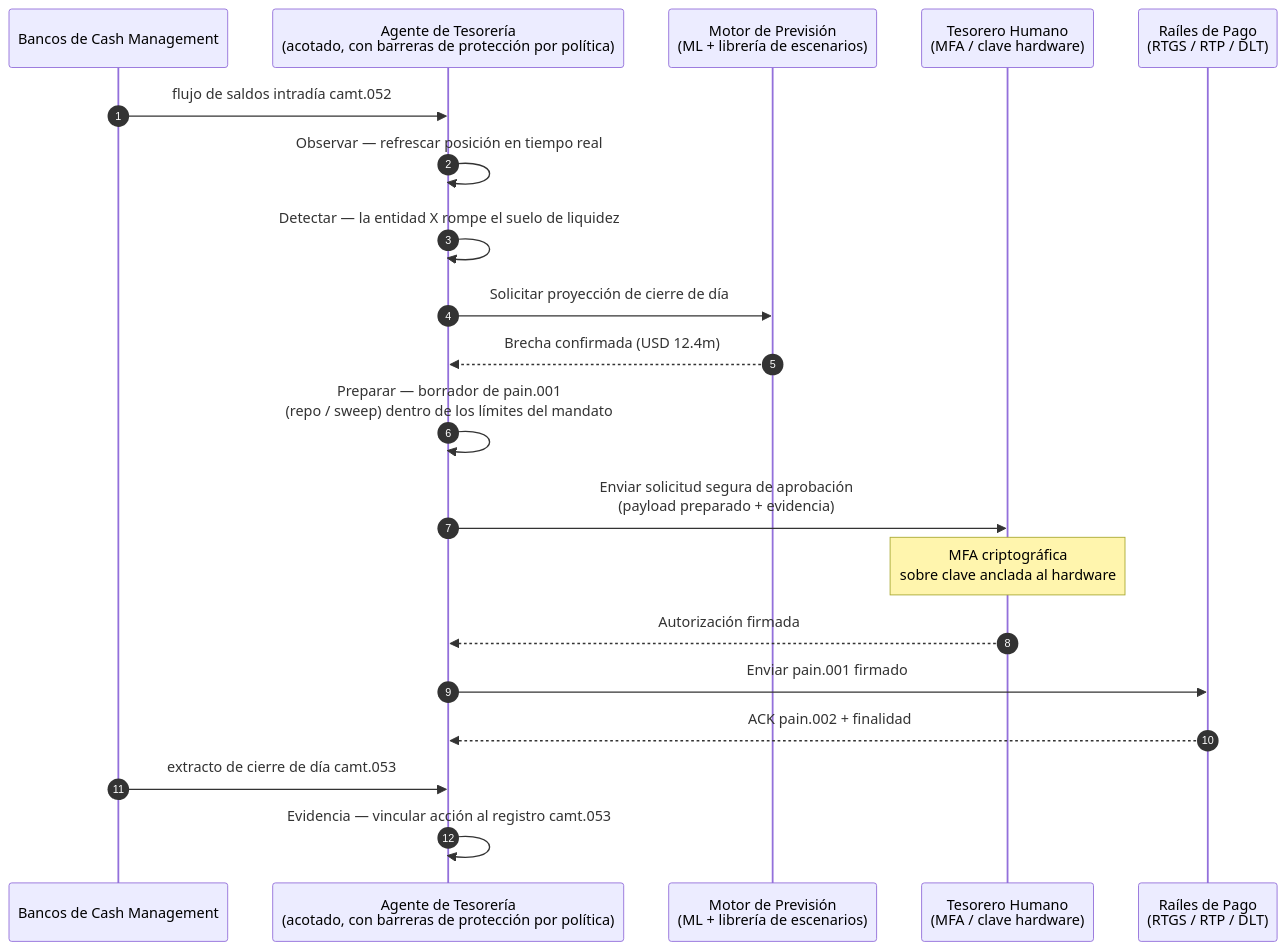
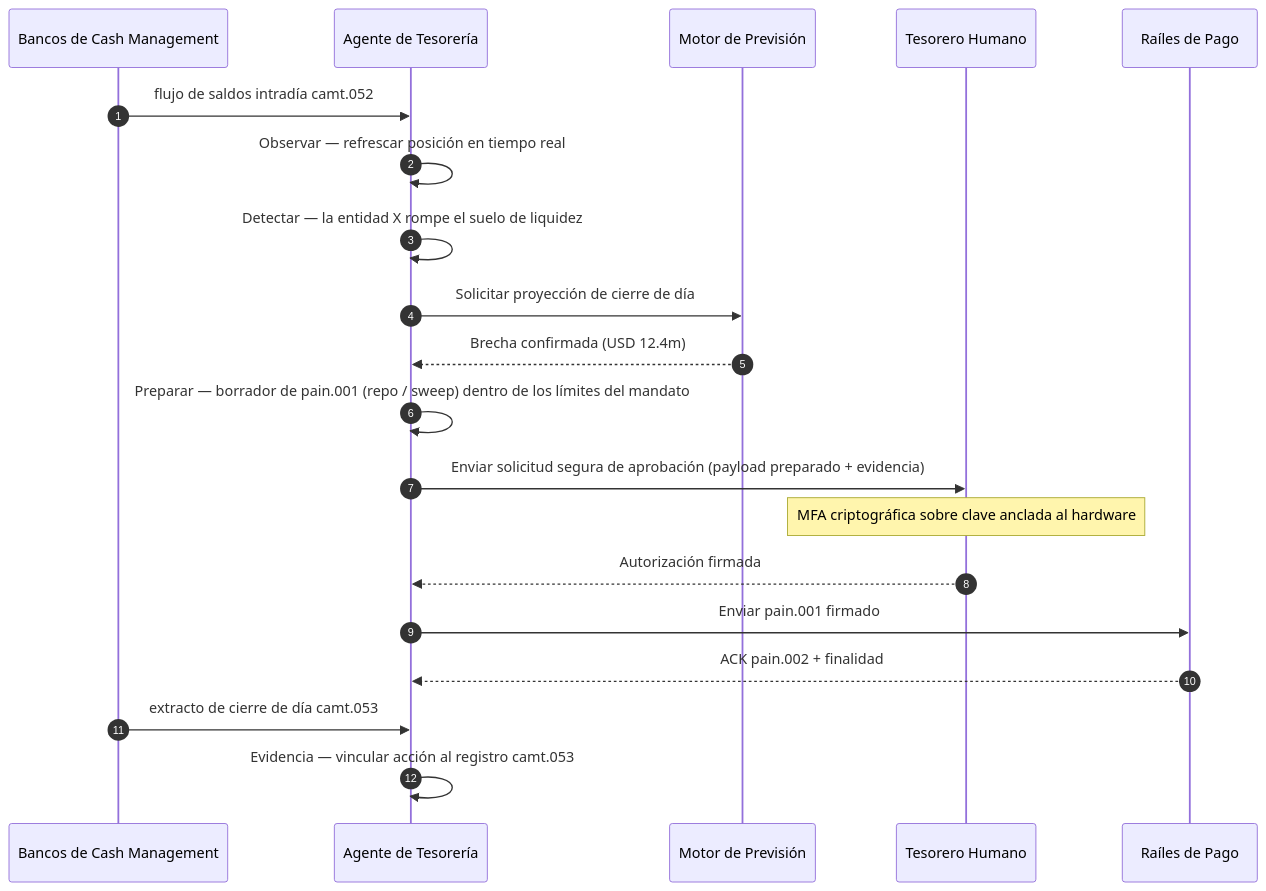
The diagram in _posts/es/2026-06-07-autonomous-treasury-index-programmable-liquidity-tokenised-deposits-2026.md (sebastienrousseau/sebastienrousseau.github.io), drawn with Mermaid before and after one commit. The commit also changed 2231 other files, not shown here.

First line of the commit message:
fix(mermaid): unblock Mermaid v10 rendering end-to-end (#198)

````diff
--- a/_posts/es/2026-06-07-autonomous-treasury-index-programmable-liquidity-tokenised-deposits-2026.md
+++ b/_posts/es/2026-06-07-autonomous-treasury-index-programmable-liquidity-tokenised-deposits-2026.md
@@ -152,23 +152,22 @@
 ```mermaid
 sequenceDiagram
     autonumber
     participant Banks as Bancos de Cash Management
-    participant Agent as Agente de Tesorería<br/>(acotado, con barreras de protección por política)
-    participant Forecast as Motor de Previsión<br/>(ML + librería de escenarios)
-    participant Treasurer as Tesorero Humano<br/>(MFA / clave hardware)
-    participant Rails as Raíles de Pago<br/>(RTGS / RTP / DLT)
-
+    participant Agent as Agente de Tesorería
+    participant Forecast as Motor de Previsión
+    participant Treasurer as Tesorero Humano
+    participant Rails as Raíles de Pago
     Banks->>Agent: flujo de saldos intradía camt.052
     Agent->>Agent: Observar — refrescar posición en tiempo real
     Agent->>Agent: Detectar — la entidad X rompe el suelo de liquidez
     Agent->>Forecast: Solicitar proyección de cierre de día
     Forecast-->>Agent: Brecha confirmada (USD 12.4m)
-    Agent->>Agent: Preparar — borrador de pain.001<br/>(repo / sweep) dentro de los límites del mandato
-    Agent->>Treasurer: Enviar solicitud segura de aprobación<br/>(payload preparado + evidencia)
-    Note over Treasurer: MFA criptográfica<br/>sobre clave anclada al hardware
+    Agent->>Agent: Preparar — borrador de pain.001 (repo / sweep) dentro de los límites del mandato
+    Agent->>Treasurer: Enviar solicitud segura de aprobación (payload preparado + evidencia)
+    Note over Treasurer: MFA criptográfica sobre clave anclada al hardware
     Treasurer-->>Agent: Autorización firmada
     Agent->>Rails: Enviar pain.001 firmado
     Rails-->>Agent: ACK pain.002 + finalidad
     Banks->>Agent: extracto de cierre de día camt.053
     Agent->>Agent: Evidencia — vincular acción al registro camt.053
 ```
````
